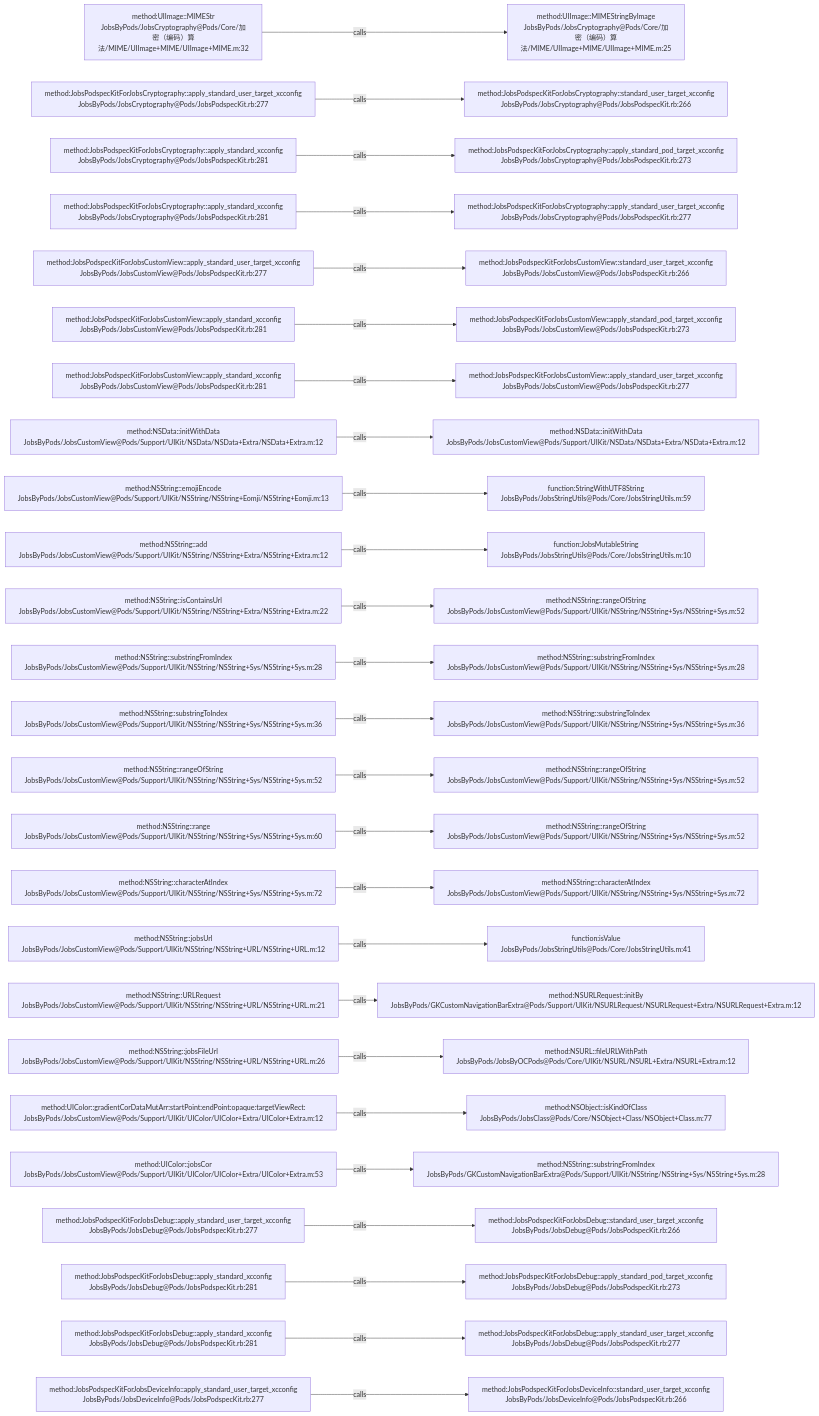
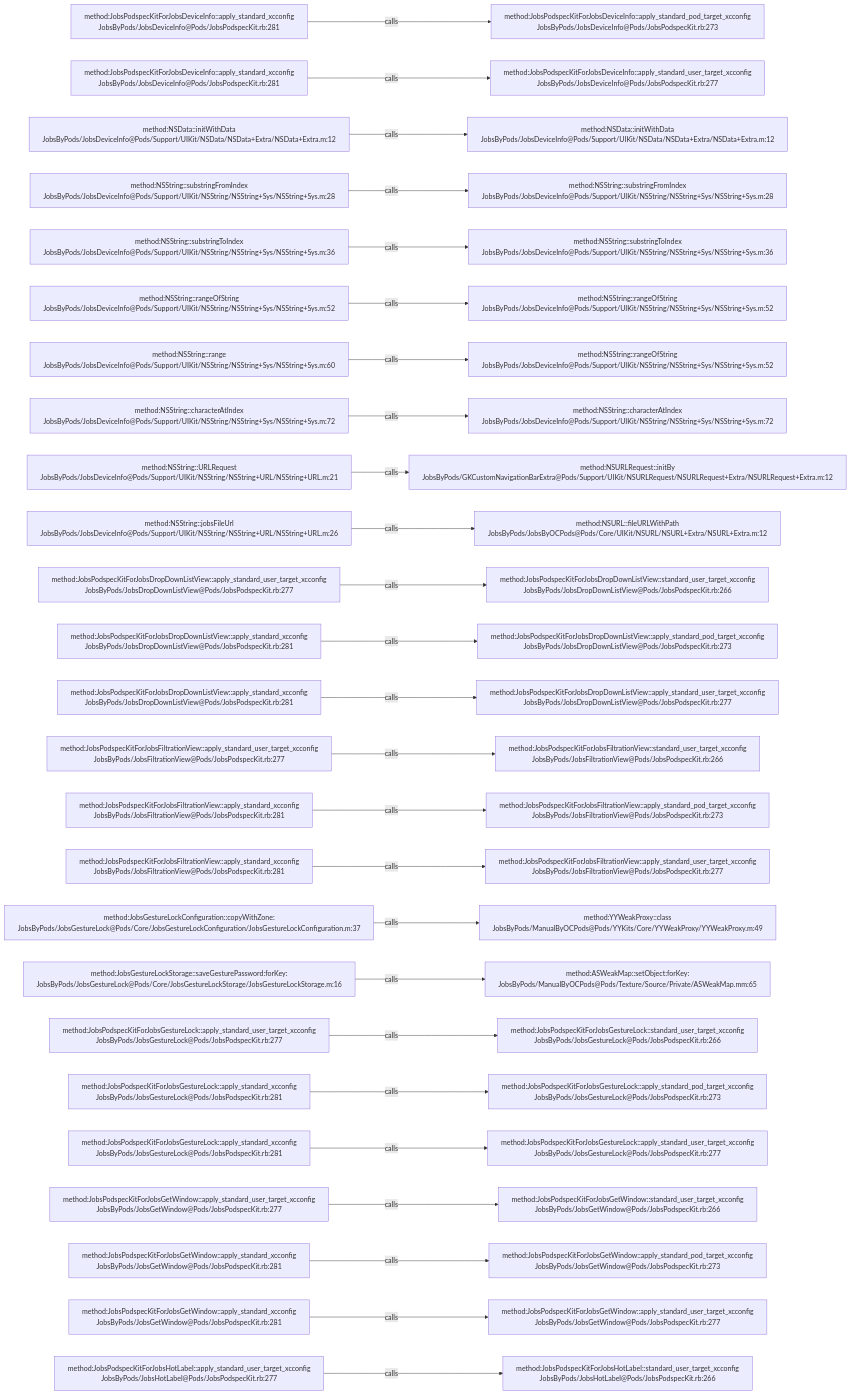
The diagram in .codegraph/codegraph.md/graphs/calls-008.md (JobsKits/JobsOCBaseConfigDemo), drawn with Mermaid before and after one commit. The commit also changed 1353 other files, not shown here.

````diff
--- a/.codegraph/codegraph.md/graphs/calls-008.md
+++ b/.codegraph/codegraph.md/graphs/calls-008.md
@@ -13,78 +13,78 @@
 ```mermaid
 flowchart LR
-  S1["method:UIImage::MIMEStr<br/>JobsByPods/JobsCryptography@Pods/Core/加密（编码）算法/MIME/UIImage+MIME/UIImage+MIME.m:32"]
-  T1["method:UIImage::MIMEStringByImage<br/>JobsByPods/JobsCryptography@Pods/Core/加密（编码）算法/MIME/UIImage+MIME/UIImage+MIME.m:25"]
+  S1["method:JobsPodspecKitForJobsDeviceInfo::apply_standard_xcconfig<br/>JobsByPods/JobsDeviceInfo@Pods/JobsPodspecKit.rb:281"]
+  T1["method:JobsPodspecKitForJobsDeviceInfo::apply_standard_pod_target_xcconfig<br/>JobsByPods/JobsDeviceInfo@Pods/JobsPodspecKit.rb:273"]
   S1 -->|calls| T1
-  S2["method:JobsPodspecKitForJobsCryptography::apply_standard_user_target_xcconfig<br/>JobsByPods/JobsCryptography@Pods/JobsPodspecKit.rb:277"]
-  T2["method:JobsPodspecKitForJobsCryptography::standard_user_target_xcconfig<br/>JobsByPods/JobsCryptography@Pods/JobsPodspecKit.rb:266"]
+  S2["method:JobsPodspecKitForJobsDeviceInfo::apply_standard_xcconfig<br/>JobsByPods/JobsDeviceInfo@Pods/JobsPodspecKit.rb:281"]
+  T2["method:JobsPodspecKitForJobsDeviceInfo::apply_standard_user_target_xcconfig<br/>JobsByPods/JobsDeviceInfo@Pods/JobsPodspecKit.rb:277"]
   S2 -->|calls| T2
-  S3["method:JobsPodspecKitForJobsCryptography::apply_standard_xcconfig<br/>JobsByPods/JobsCryptography@Pods/JobsPodspecKit.rb:281"]
-  T3["method:JobsPodspecKitForJobsCryptography::apply_standard_pod_target_xcconfig<br/>JobsByPods/JobsCryptography@Pods/JobsPodspecKit.rb:273"]
+  S3["method:NSData::initWithData<br/>JobsByPods/JobsDeviceInfo@Pods/Support/UIKit/NSData/NSData+Extra/NSData+Extra.m:12"]
+  T3["method:NSData::initWithData<br/>JobsByPods/JobsDeviceInfo@Pods/Support/UIKit/NSData/NSData+Extra/NSData+Extra.m:12"]
   S3 -->|calls| T3
-  S4["method:JobsPodspecKitForJobsCryptography::apply_standard_xcconfig<br/>JobsByPods/JobsCryptography@Pods/JobsPodspecKit.rb:281"]
-  T4["method:JobsPodspecKitForJobsCryptography::apply_standard_user_target_xcconfig<br/>JobsByPods/JobsCryptography@Pods/JobsPodspecKit.rb:277"]
+  S4["method:NSString::substringFromIndex<br/>JobsByPods/JobsDeviceInfo@Pods/Support/UIKit/NSString/NSString+Sys/NSString+Sys.m:28"]
+  T4["method:NSString::substringFromIndex<br/>JobsByPods/JobsDeviceInfo@Pods/Support/UIKit/NSString/NSString+Sys/NSString+Sys.m:28"]
   S4 -->|calls| T4
-  S5["method:JobsPodspecKitForJobsCustomView::apply_standard_user_target_xcconfig<br/>JobsByPods/JobsCustomView@Pods/JobsPodspecKit.rb:277"]
-  T5["method:JobsPodspecKitForJobsCustomView::standard_user_target_xcconfig<br/>JobsByPods/JobsCustomView@Pods/JobsPodspecKit.rb:266"]
+  S5["method:NSString::substringToIndex<br/>JobsByPods/JobsDeviceInfo@Pods/Support/UIKit/NSString/NSString+Sys/NSString+Sys.m:36"]
+  T5["method:NSString::substringToIndex<br/>JobsByPods/JobsDeviceInfo@Pods/Support/UIKit/NSString/NSString+Sys/NSString+Sys.m:36"]
   S5 -->|calls| T5
-  S6["method:JobsPodspecKitForJobsCustomView::apply_standard_xcconfig<br/>JobsByPods/JobsCustomView@Pods/JobsPodspecKit.rb:281"]
-  T6["method:JobsPodspecKitForJobsCustomView::apply_standard_pod_target_xcconfig<br/>JobsByPods/JobsCustomView@Pods/JobsPodspecKit.rb:273"]
+  S6["method:NSString::rangeOfString<br/>JobsByPods/JobsDeviceInfo@Pods/Support/UIKit/NSString/NSString+Sys/NSString+Sys.m:52"]
+  T6["method:NSString::rangeOfString<br/>JobsByPods/JobsDeviceInfo@Pods/Support/UIKit/NSString/NSString+Sys/NSString+Sys.m:52"]
   S6 -->|calls| T6
-  S7["method:JobsPodspecKitForJobsCustomView::apply_standard_xcconfig<br/>JobsByPods/JobsCustomView@Pods/JobsPodspecKit.rb:281"]
-  T7["method:JobsPodspecKitForJobsCustomView::apply_standard_user_target_xcconfig<br/>JobsByPods/JobsCustomView@Pods/JobsPodspecKit.rb:277"]
+  S7["method:NSString::range<br/>JobsByPods/JobsDeviceInfo@Pods/Support/UIKit/NSString/NSString+Sys/NSString+Sys.m:60"]
+  T7["method:NSString::rangeOfString<br/>JobsByPods/JobsDeviceInfo@Pods/Support/UIKit/NSString/NSString+Sys/NSString+Sys.m:52"]
   S7 -->|calls| T7
-  S8["method:NSData::initWithData<br/>JobsByPods/JobsCustomView@Pods/Support/UIKit/NSData/NSData+Extra/NSData+Extra.m:12"]
-  T8["method:NSData::initWithData<br/>JobsByPods/JobsCustomView@Pods/Support/UIKit/NSData/NSData+Extra/NSData+Extra.m:12"]
+  S8["method:NSString::characterAtIndex<br/>JobsByPods/JobsDeviceInfo@Pods/Support/UIKit/NSString/NSString+Sys/NSString+Sys.m:72"]
+  T8["method:NSString::characterAtIndex<br/>JobsByPods/JobsDeviceInfo@Pods/Support/UIKit/NSString/NSString+Sys/NSString+Sys.m:72"]
   S8 -->|calls| T8
-  S9["method:NSString::emojiEncode<br/>JobsByPods/JobsCustomView@Pods/Support/UIKit/NSString/NSString+Eomji/NSString+Eomji.m:13"]
-  T9["function:StringWithUTF8String<br/>JobsByPods/JobsStringUtils@Pods/Core/JobsStringUtils.m:59"]
+  S9["method:NSString::URLRequest<br/>JobsByPods/JobsDeviceInfo@Pods/Support/UIKit/NSString/NSString+URL/NSString+URL.m:21"]
+  T9["method:NSURLRequest::initBy<br/>JobsByPods/GKCustomNavigationBarExtra@Pods/Support/UIKit/NSURLRequest/NSURLRequest+Extra/NSURLRequest+Extra.m:12"]
   S9 -->|calls| T9
-  S10["method:NSString::add<br/>JobsByPods/JobsCustomView@Pods/Support/UIKit/NSString/NSString+Extra/NSString+Extra.m:12"]
-  T10["function:JobsMutableString<br/>JobsByPods/JobsStringUtils@Pods/Core/JobsStringUtils.m:10"]
+  S10["method:NSString::jobsFileUrl<br/>JobsByPods/JobsDeviceInfo@Pods/Support/UIKit/NSString/NSString+URL/NSString+URL.m:26"]
+  T10["method:NSURL::fileURLWithPath<br/>JobsByPods/JobsByOCPods@Pods/Core/UIKit/NSURL/NSURL+Extra/NSURL+Extra.m:12"]
   S10 -->|calls| T10
-  S11["method:NSString::isContainsUrl<br/>JobsByPods/JobsCustomView@Pods/Support/UIKit/NSString/NSString+Extra/NSString+Extra.m:22"]
-  T11["method:NSString::rangeOfString<br/>JobsByPods/JobsCustomView@Pods/Support/UIKit/NSString/NSString+Sys/NSString+Sys.m:52"]
+  S11["method:JobsPodspecKitForJobsDropDownListView::apply_standard_user_target_xcconfig<br/>JobsByPods/JobsDropDownListView@Pods/JobsPodspecKit.rb:277"]
+  T11["method:JobsPodspecKitForJobsDropDownListView::standard_user_target_xcconfig<br/>JobsByPods/JobsDropDownListView@Pods/JobsPodspecKit.rb:266"]
   S11 -->|calls| T11
-  S12["method:NSString::substringFromIndex<br/>JobsByPods/JobsCustomView@Pods/Support/UIKit/NSString/NSString+Sys/NSString+Sys.m:28"]
-  T12["method:NSString::substringFromIndex<br/>JobsByPods/JobsCustomView@Pods/Support/UIKit/NSString/NSString+Sys/NSString+Sys.m:28"]
+  S12["method:JobsPodspecKitForJobsDropDownListView::apply_standard_xcconfig<br/>JobsByPods/JobsDropDownListView@Pods/JobsPodspecKit.rb:281"]
+  T12["method:JobsPodspecKitForJobsDropDownListView::apply_standard_pod_target_xcconfig<br/>JobsByPods/JobsDropDownListView@Pods/JobsPodspecKit.rb:273"]
   S12 -->|calls| T12
-  S13["method:NSString::substringToIndex<br/>JobsByPods/JobsCustomView@Pods/Support/UIKit/NSString/NSString+Sys/NSString+Sys.m:36"]
-  T13["method:NSString::substringToIndex<br/>JobsByPods/JobsCustomView@Pods/Support/UIKit/NSString/NSString+Sys/NSString+Sys.m:36"]
+  S13["method:JobsPodspecKitForJobsDropDownListView::apply_standard_xcconfig<br/>JobsByPods/JobsDropDownListView@Pods/JobsPodspecKit.rb:281"]
+  T13["method:JobsPodspecKitForJobsDropDownListView::apply_standard_user_target_xcconfig<br/>JobsByPods/JobsDropDownListView@Pods/JobsPodspecKit.rb:277"]
   S13 -->|calls| T13
-  S14["method:NSString::rangeOfString<br/>JobsByPods/JobsCustomView@Pods/Support/UIKit/NSString/NSString+Sys/NSString+Sys.m:52"]
-  T14["method:NSString::rangeOfString<br/>JobsByPods/JobsCustomView@Pods/Support/UIKit/NSString/NSString+Sys/NSString+Sys.m:52"]
+  S14["method:JobsPodspecKitForJobsFiltrationView::apply_standard_user_target_xcconfig<br/>JobsByPods/JobsFiltrationView@Pods/JobsPodspecKit.rb:277"]
+  T14["method:JobsPodspecKitForJobsFiltrationView::standard_user_target_xcconfig<br/>JobsByPods/JobsFiltrationView@Pods/JobsPodspecKit.rb:266"]
   S14 -->|calls| T14
-  S15["method:NSString::range<br/>JobsByPods/JobsCustomView@Pods/Support/UIKit/NSString/NSString+Sys/NSString+Sys.m:60"]
-  T15["method:NSString::rangeOfString<br/>JobsByPods/JobsCustomView@Pods/Support/UIKit/NSString/NSString+Sys/NSString+Sys.m:52"]
+  S15["method:JobsPodspecKitForJobsFiltrationView::apply_standard_xcconfig<br/>JobsByPods/JobsFiltrationView@Pods/JobsPodspecKit.rb:281"]
+  T15["method:JobsPodspecKitForJobsFiltrationView::apply_standard_pod_target_xcconfig<br/>JobsByPods/JobsFiltrationView@Pods/JobsPodspecKit.rb:273"]
   S15 -->|calls| T15
-  S16["method:NSString::characterAtIndex<br/>JobsByPods/JobsCustomView@Pods/Support/UIKit/NSString/NSString+Sys/NSString+Sys.m:72"]
-  T16["method:NSString::characterAtIndex<br/>JobsByPods/JobsCustomView@Pods/Support/UIKit/NSString/NSString+Sys/NSString+Sys.m:72"]
+  S16["method:JobsPodspecKitForJobsFiltrationView::apply_standard_xcconfig<br/>JobsByPods/JobsFiltrationView@Pods/JobsPodspecKit.rb:281"]
+  T16["method:JobsPodspecKitForJobsFiltrationView::apply_standard_user_target_xcconfig<br/>JobsByPods/JobsFiltrationView@Pods/JobsPodspecKit.rb:277"]
   S16 -->|calls| T16
-  S17["method:NSString::jobsUrl<br/>JobsByPods/JobsCustomView@Pods/Support/UIKit/NSString/NSString+URL/NSString+URL.m:12"]
-  T17["function:isValue<br/>JobsByPods/JobsStringUtils@Pods/Core/JobsStringUtils.m:41"]
+  S17["method:JobsGestureLockConfiguration::copyWithZone:<br/>JobsByPods/JobsGestureLock@Pods/Core/JobsGestureLockConfiguration/JobsGestureLockConfiguration.m:37"]
+  T17["method:YYWeakProxy::class<br/>JobsByPods/ManualByOCPods@Pods/YYKits/Core/YYWeakProxy/YYWeakProxy.m:49"]
   S17 -->|calls| T17
-  S18["method:NSString::URLRequest<br/>JobsByPods/JobsCustomView@Pods/Support/UIKit/NSString/NSString+URL/NSString+URL.m:21"]
-  T18["method:NSURLRequest::initBy<br/>JobsByPods/GKCustomNavigationBarExtra@Pods/Support/UIKit/NSURLRequest/NSURLRequest+Extra/NSURLRequest+Extra.m:12"]
+  S18["method:JobsGestureLockStorage::saveGesturePassword:forKey:<br/>JobsByPods/JobsGestureLock@Pods/Core/JobsGestureLockStorage/JobsGestureLockStorage.m:16"]
+  T18["method:ASWeakMap::setObject:forKey:<br/>JobsByPods/ManualByOCPods@Pods/Texture/Source/Private/ASWeakMap.mm:65"]
   S18 -->|calls| T18
-  S19["method:NSString::jobsFileUrl<br/>JobsByPods/JobsCustomView@Pods/Support/UIKit/NSString/NSString+URL/NSString+URL.m:26"]
-  T19["method:NSURL::fileURLWithPath<br/>JobsByPods/JobsByOCPods@Pods/Core/UIKit/NSURL/NSURL+Extra/NSURL+Extra.m:12"]
+  S19["method:JobsPodspecKitForJobsGestureLock::apply_standard_user_target_xcconfig<br/>JobsByPods/JobsGestureLock@Pods/JobsPodspecKit.rb:277"]
+  T19["method:JobsPodspecKitForJobsGestureLock::standard_user_target_xcconfig<br/>JobsByPods/JobsGestureLock@Pods/JobsPodspecKit.rb:266"]
   S19 -->|calls| T19
-  S20["method:UIColor::gradientCorDataMutArr:startPoint:endPoint:opaque:targetViewRect:<br/>JobsByPods/JobsCustomView@Pods/Support/UIKit/UIColor/UIColor+Extra/UIColor+Extra.m:12"]
-  T20["method:NSObject::isKindOfClass<br/>JobsByPods/JobsClass@Pods/Core/NSObject+Class/NSObject+Class.m:77"]
+  S20["method:JobsPodspecKitForJobsGestureLock::apply_standard_xcconfig<br/>JobsByPods/JobsGestureLock@Pods/JobsPodspecKit.rb:281"]
+  T20["method:JobsPodspecKitForJobsGestureLock::apply_standard_pod_target_xcconfig<br/>JobsByPods/JobsGestureLock@Pods/JobsPodspecKit.rb:273"]
   S20 -->|calls| T20
-  S21["method:UIColor::jobsCor<br/>JobsByPods/JobsCustomView@Pods/Support/UIKit/UIColor/UIColor+Extra/UIColor+Extra.m:53"]
-  T21["method:NSString::substringFromIndex<br/>JobsByPods/GKCustomNavigationBarExtra@Pods/Support/UIKit/NSString/NSString+Sys/NSString+Sys.m:28"]
+  S21["method:JobsPodspecKitForJobsGestureLock::apply_standard_xcconfig<br/>JobsByPods/JobsGestureLock@Pods/JobsPodspecKit.rb:281"]
+  T21["method:JobsPodspecKitForJobsGestureLock::apply_standard_user_target_xcconfig<br/>JobsByPods/JobsGestureLock@Pods/JobsPodspecKit.rb:277"]
   S21 -->|calls| T21
-  S22["method:JobsPodspecKitForJobsDebug::apply_standard_user_target_xcconfig<br/>JobsByPods/JobsDebug@Pods/JobsPodspecKit.rb:277"]
-  T22["method:JobsPodspecKitForJobsDebug::standard_user_target_xcconfig<br/>JobsByPods/JobsDebug@Pods/JobsPodspecKit.rb:266"]
+  S22["method:JobsPodspecKitForJobsGetWindow::apply_standard_user_target_xcconfig<br/>JobsByPods/JobsGetWindow@Pods/JobsPodspecKit.rb:277"]
+  T22["method:JobsPodspecKitForJobsGetWindow::standard_user_target_xcconfig<br/>JobsByPods/JobsGetWindow@Pods/JobsPodspecKit.rb:266"]
   S22 -->|calls| T22
-  S23["method:JobsPodspecKitForJobsDebug::apply_standard_xcconfig<br/>JobsByPods/JobsDebug@Pods/JobsPodspecKit.rb:281"]
-  T23["method:JobsPodspecKitForJobsDebug::apply_standard_pod_target_xcconfig<br/>JobsByPods/JobsDebug@Pods/JobsPodspecKit.rb:273"]
+  S23["method:JobsPodspecKitForJobsGetWindow::apply_standard_xcconfig<br/>JobsByPods/JobsGetWindow@Pods/JobsPodspecKit.rb:281"]
+  T23["method:JobsPodspecKitForJobsGetWindow::apply_standard_pod_target_xcconfig<br/>JobsByPods/JobsGetWindow@Pods/JobsPodspecKit.rb:273"]
   S23 -->|calls| T23
-  S24["method:JobsPodspecKitForJobsDebug::apply_standard_xcconfig<br/>JobsByPods/JobsDebug@Pods/JobsPodspecKit.rb:281"]
-  T24["method:JobsPodspecKitForJobsDebug::apply_standard_user_target_xcconfig<br/>JobsByPods/JobsDebug@Pods/JobsPodspecKit.rb:277"]
+  S24["method:JobsPodspecKitForJobsGetWindow::apply_standard_xcconfig<br/>JobsByPods/JobsGetWindow@Pods/JobsPodspecKit.rb:281"]
+  T24["method:JobsPodspecKitForJobsGetWindow::apply_standard_user_target_xcconfig<br/>JobsByPods/JobsGetWindow@Pods/JobsPodspecKit.rb:277"]
   S24 -->|calls| T24
-  S25["method:JobsPodspecKitForJobsDeviceInfo::apply_standard_user_target_xcconfig<br/>JobsByPods/JobsDeviceInfo@Pods/JobsPodspecKit.rb:277"]
-  T25["method:JobsPodspecKitForJobsDeviceInfo::standard_user_target_xcconfig<br/>JobsByPods/JobsDeviceInfo@Pods/JobsPodspecKit.rb:266"]
+  S25["method:JobsPodspecKitForJobsHotLabel::apply_standard_user_target_xcconfig<br/>JobsByPods/JobsHotLabel@Pods/JobsPodspecKit.rb:277"]
+  T25["method:JobsPodspecKitForJobsHotLabel::standard_user_target_xcconfig<br/>JobsByPods/JobsHotLabel@Pods/JobsPodspecKit.rb:266"]
   S25 -->|calls| T25
 ```
````
